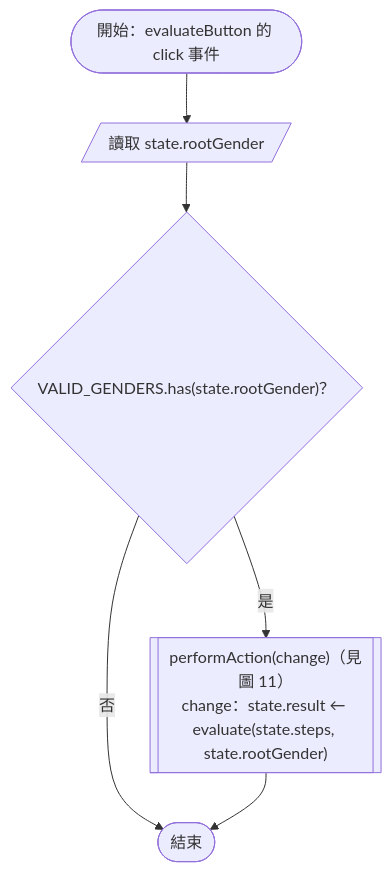
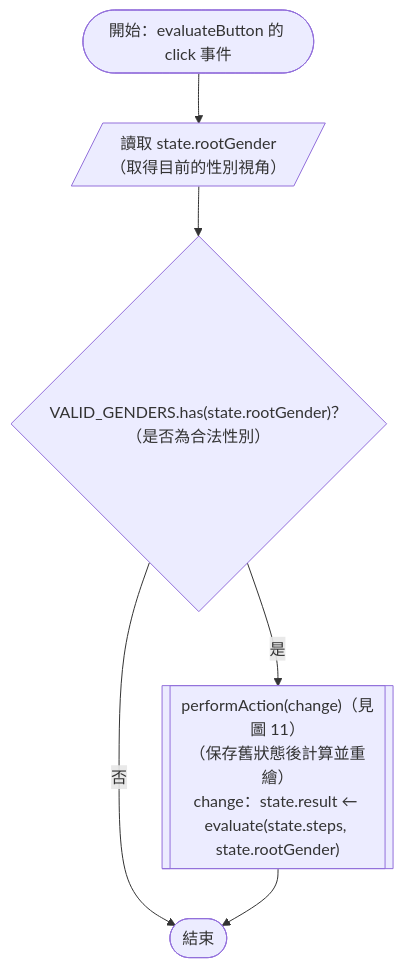
Before and after one commit to Chuen666666/hw3: the fourth of 29 diagrams in README.md, drawn with Mermaid. The commit also changed other lines of this file and 1 other file, not shown here.

Commit message:
補充流程圖程式碼中文說明

````diff
--- a/README.md
+++ b/README.md
@@ -43,8 +43,8 @@
 ```mermaid
 flowchart TD
-    START(["開始：evaluateButton 的 click 事件"]) --> READ[/"讀取 state.rootGender"/]
-    READ --> VALID{"VALID_GENDERS.has(state.rootGender)？"}
+    START(["開始：evaluateButton 的 click 事件"]) --> READ[/"讀取 state.rootGender<br/>（取得目前的性別視角）"/]
+    READ --> VALID{"VALID_GENDERS.has(state.rootGender)？<br/>（是否為合法性別）"}
     VALID -- "否" --> END(["結束"])
-    VALID -- "是" --> ACTION[["performAction(change)（見圖 11）<br/>change：state.result ← evaluate(state.steps, state.rootGender)"]]
+    VALID -- "是" --> ACTION[["performAction(change)（見圖 11）<br/>（保存舊狀態後計算並重繪）<br/>change：state.result ← evaluate(state.steps, state.rootGender)"]]
     ACTION --> END
 ```
````
